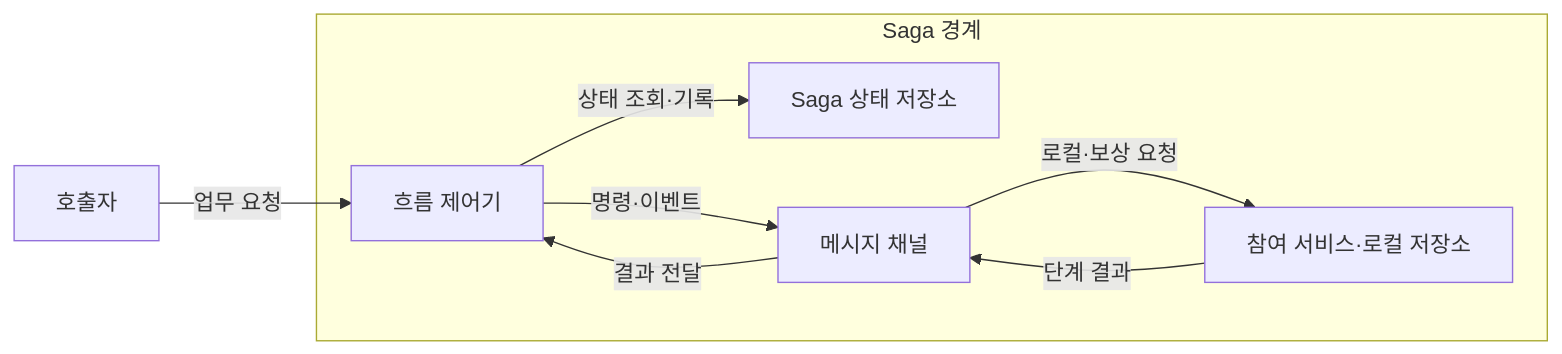
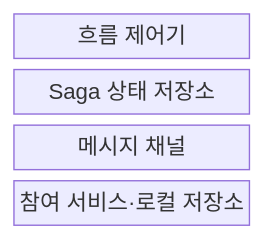
Before and after one commit to agnusdei1207/knowledge-base: the first of 2 diagrams in src/content/docs/notes/03-software/044_saga_pattern.md, drawn with Mermaid. The commit also changed other lines of this file and 20 other files, not shown here.

````diff
--- a/src/content/docs/notes/03-software/044_saga_pattern.md
+++ b/src/content/docs/notes/03-software/044_saga_pattern.md
@@ -65,16 +62,8 @@
 ```mermaid
-flowchart LR
-    C[호출자]
-    subgraph S[Saga 경계]
-        F[흐름 제어기]
-        T[Saga 상태 저장소]
-        M[메시지 채널]
-        P[참여 서비스·로컬 저장소]
-        F -->|상태 조회·기록| T
-        F -->|명령·이벤트| M
-        M -->|로컬·보상 요청| P
-        P -->|단계 결과| M
-        M -->|결과 전달| F
-    end
-    C -->|업무 요청| F
+block
+  columns 1
+  F["흐름 제어기"]
+  T["Saga 상태 저장소"]
+  M["메시지 채널"]
+  P["참여 서비스·로컬 저장소"]
 ```
````
